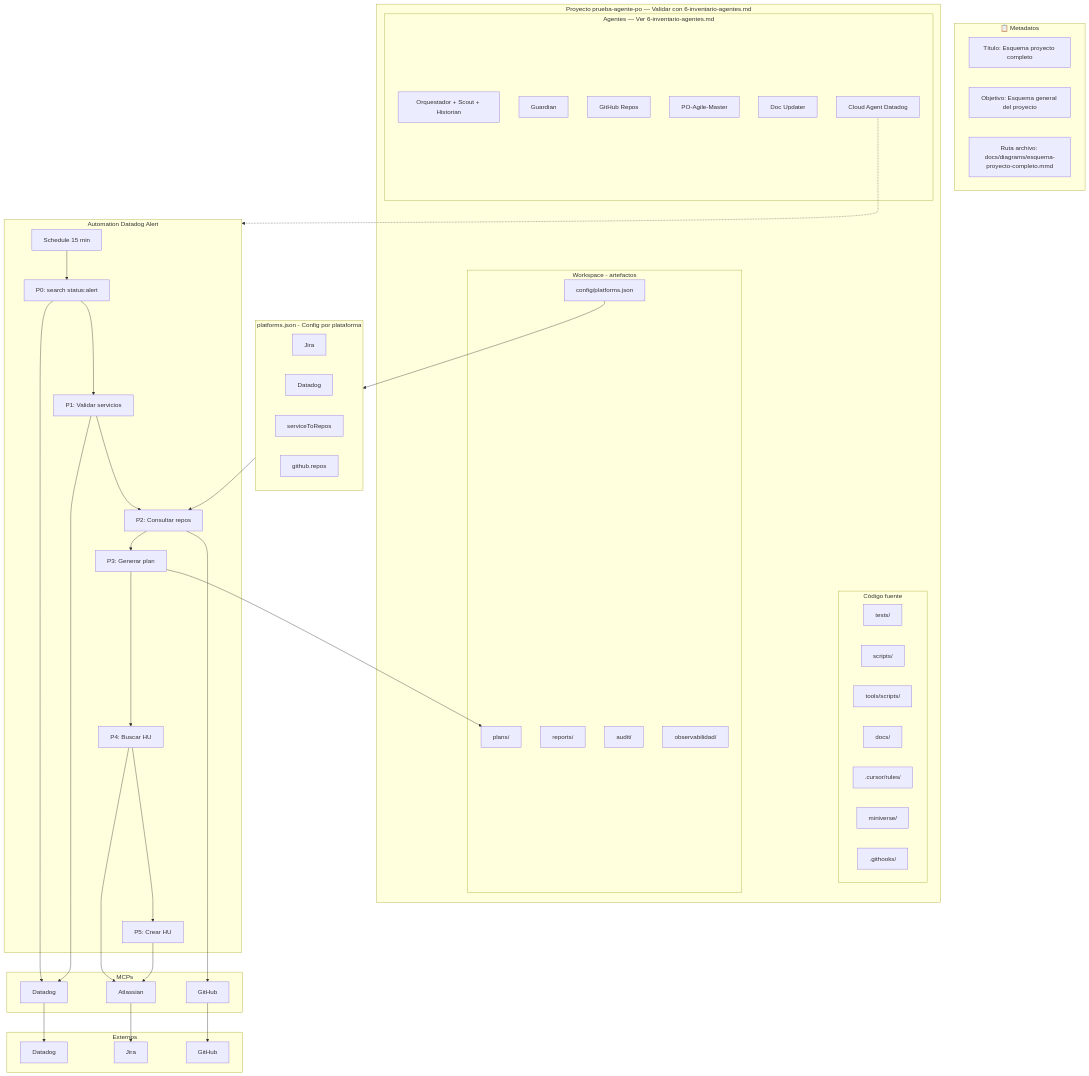
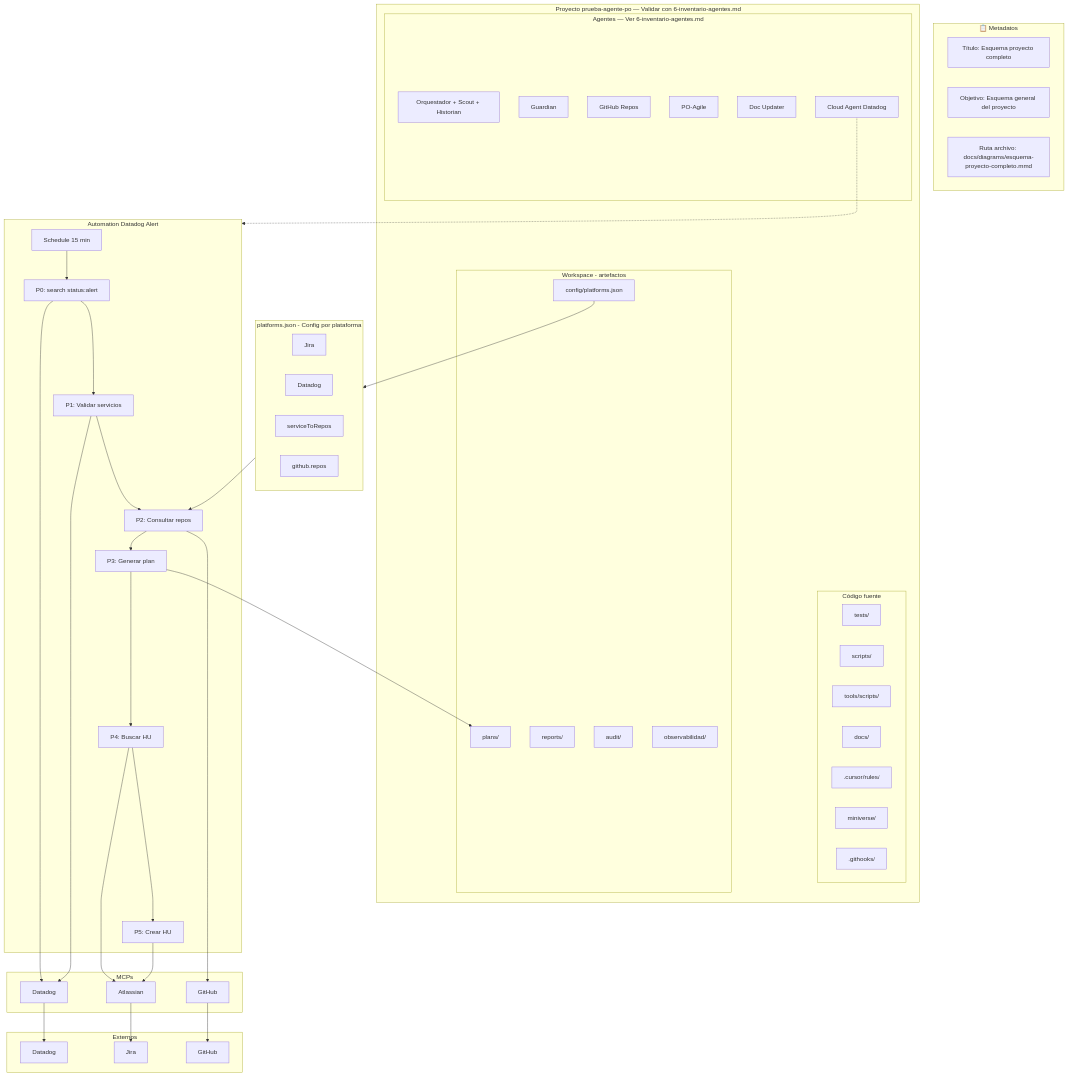
Before and after one commit to CARLOSPATINOVELEZ19/prueba-agente-po: the diagram in docs/diagrams/esquema-proyecto-completo.mmd, drawn with Mermaid. The commit also changed 18 other files, not shown here.

First line of the commit message:
Renombrar agente PO-Agile-Master a PO-Agile en docs y reglas

```diff
--- a/docs/diagrams/esquema-proyecto-completo.mmd
+++ b/docs/diagrams/esquema-proyecto-completo.mmd
@@ -1,87 +1,87 @@
 flowchart TB
     subgraph metadata ["📋 Metadatos"]
         M1["Título: Esquema proyecto completo"]
         M2["Objetivo: Esquema general del proyecto"]
         M3["Ruta archivo: docs/diagrams/esquema-proyecto-completo.mmd"]
     end
 
     subgraph proyecto ["Proyecto prueba-agente-po — Validar con 6-inventario-agentes.md"]
         subgraph codigo ["Código fuente"]
             tests[tests/]
             scripts[scripts/]
             tools[tools/scripts/]
             docs[docs/]
             cursorRules[.cursor/rules/]
             miniverse[miniverse/]
             githooks[.githooks/]
         end
 
         subgraph workspace ["Workspace - artefactos"]
             platformsJson[config/platforms.json]
             plans[plans/]
             reports[reports/]
             audit[audit/]
             observabilidad[observabilidad/]
         end
 
         subgraph agentes ["Agentes — Ver 6-inventario-agentes.md"]
             ORQ[Orquestador + Scout + Historian]
             GUA[Guardian]
             GHR[GitHub Repos]
-            PO[PO-Agile-Master]
+            PO[PO-Agile]
             DOC[Doc Updater]
             CA[Cloud Agent Datadog]
         end
     end
 
     subgraph platformsConfig ["platforms.json - Config por plataforma"]
         jiraConfig[Jira]
         datadogConfig[Datadog]
         serviceToRepos[serviceToRepos]
         githubRepos[github.repos]
     end
 
     subgraph automation ["Automation Datadog Alert"]
         trigger[Schedule 15 min]
         p0[P0: search status:alert]
         p1[P1: Validar servicios]
         p2[P2: Consultar repos]
         p3[P3: Generar plan]
         p4[P4: Buscar HU]
         p5[P5: Crear HU]
     end
 
     subgraph mcps ["MCPs"]
         mcpDatadog[Datadog]
         mcpAtlassian[Atlassian]
         mcpGitHub[GitHub]
     end
 
     subgraph externos ["Externos"]
         datadog[Datadog]
         jira[Jira]
         github[GitHub]
     end
 
     platformsJson --> platformsConfig
     platformsConfig --> p2
 
     trigger --> p0
     p0 --> p1
     p1 --> p2
     p2 --> p3
     p3 --> p4
     p4 --> p5
 
     p0 --> mcpDatadog
     p1 --> mcpDatadog
     p2 --> mcpGitHub
     p4 --> mcpAtlassian
     p5 --> mcpAtlassian
 
     mcpDatadog --> datadog
     mcpAtlassian --> jira
     mcpGitHub --> github
 
     p3 --> plans
     CA -.-> automation
```
